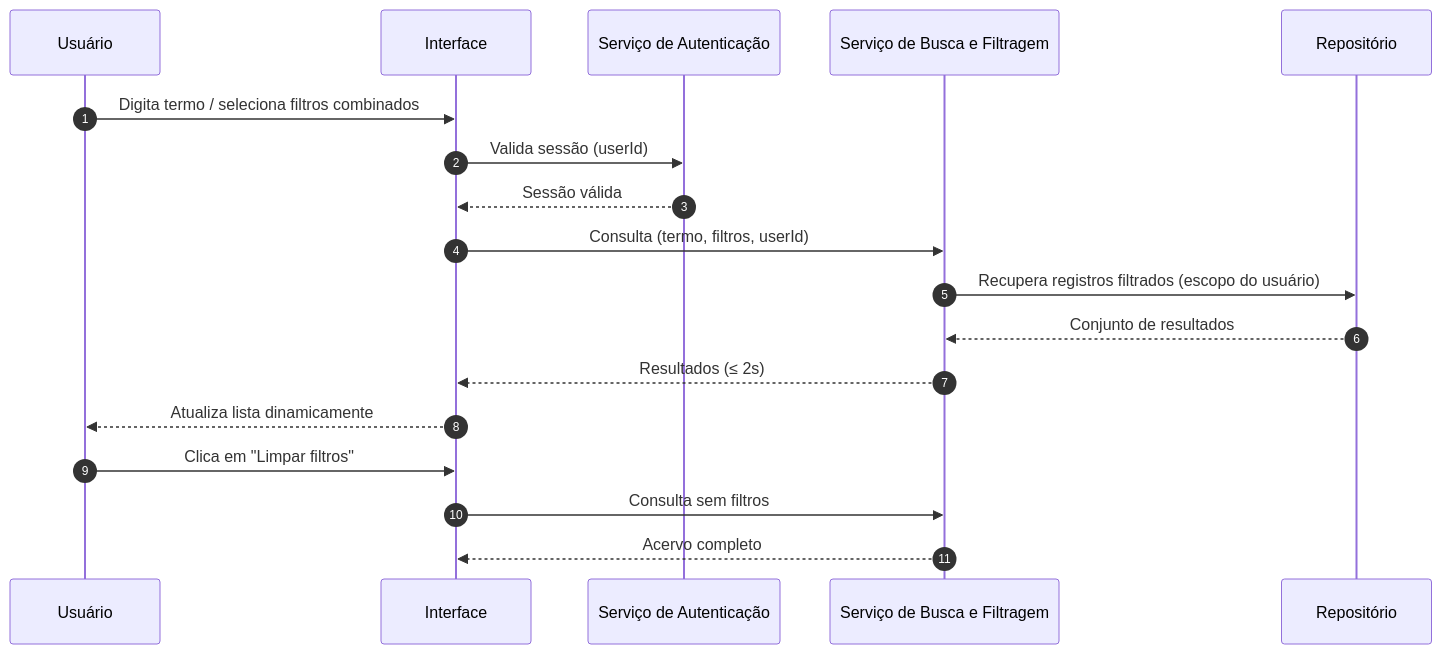
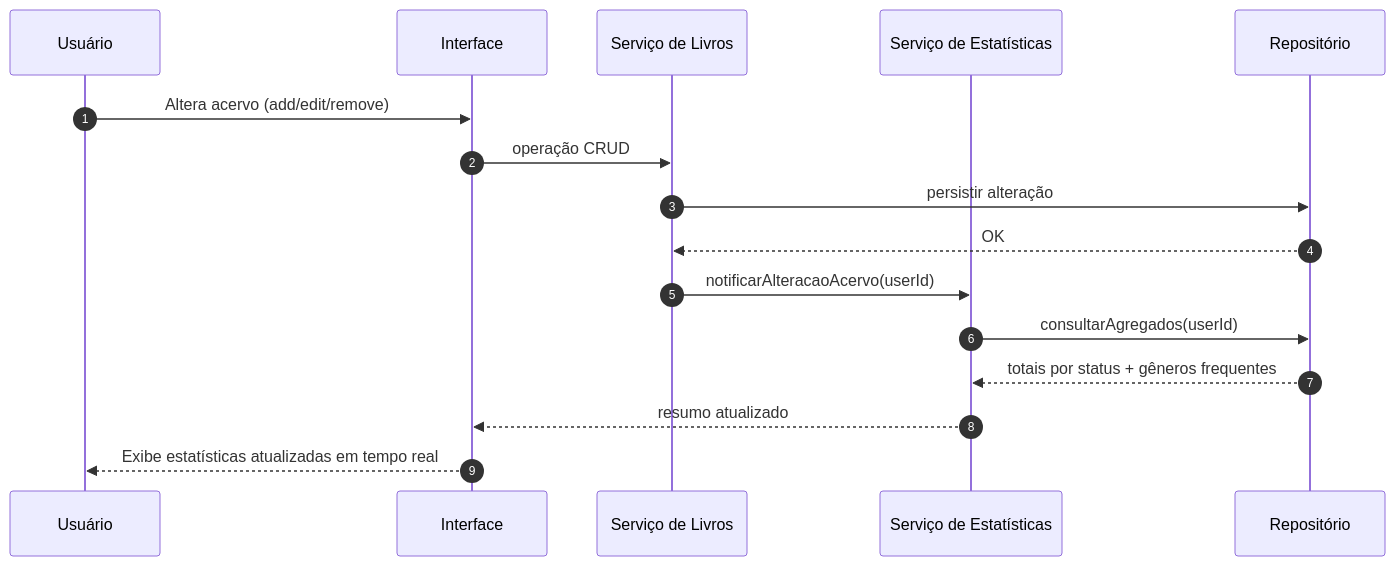
One commit to PDC-ESIA/AI4ES changed the fourth of 4 diagrams in docs/Time_2_Design/analise-qualitativa/outputs/relatorio_claude_opus_4_8_P04.md. Above: the diagram before and after it, drawn with Mermaid. The commit also changed other lines of this file and 107 other files, not shown here.

````diff
--- a/docs/Time_2_Design/analise-qualitativa/outputs/relatorio_claude_opus_4_8_P04.md
+++ b/docs/Time_2_Design/analise-qualitativa/outputs/relatorio_claude_opus_4_8_P04.md
@@ -112,21 +160,19 @@
 ```mermaid
 sequenceDiagram
     autonumber
     participant U as Usuário
     participant UI as Interface
-    participant AUTH as Serviço de Autenticação
-    participant QUERY as Serviço de Busca e Filtragem
-    participant REPO as Repositório
+    participant BS as Serviço de Livros
+    participant ST as Serviço de Estatísticas
+    participant R as Repositório
 
-    U->>UI: Digita termo / seleciona filtros combinados
-    UI->>AUTH: Valida sessão (userId)
-    AUTH-->>UI: Sessão válida
-    UI->>QUERY: Consulta (termo, filtros, userId)
-    QUERY->>REPO: Recupera registros filtrados (escopo do usuário)
-    REPO-->>QUERY: Conjunto de resultados
-    QUERY-->>UI: Resultados (≤ 2s)
-    UI-->>U: Atualiza lista dinamicamente
-    U->>UI: Clica em "Limpar filtros"
-    UI->>QUERY: Consulta sem filtros
-    QUERY-->>UI: Acervo completo
+    U->>UI: Altera acervo (add/edit/remove)
+    UI->>BS: operação CRUD
+    BS->>R: persistir alteração
+    R-->>BS: OK
+    BS->>ST: notificarAlteracaoAcervo(userId)
+    ST->>R: consultarAgregados(userId)
+    R-->>ST: totais por status + gêneros frequentes
+    ST-->>UI: resumo atualizado
+    UI-->>U: Exibe estatísticas atualizadas em tempo real
 ```
````
